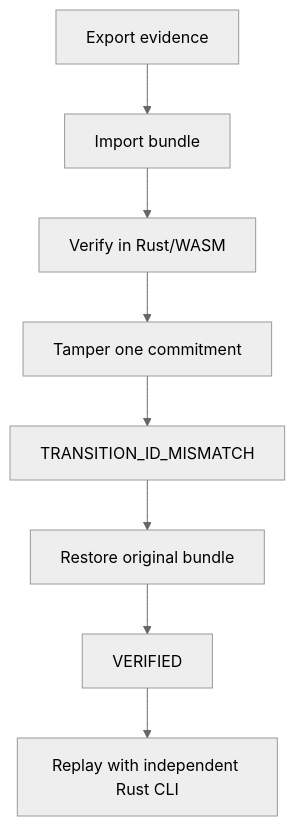
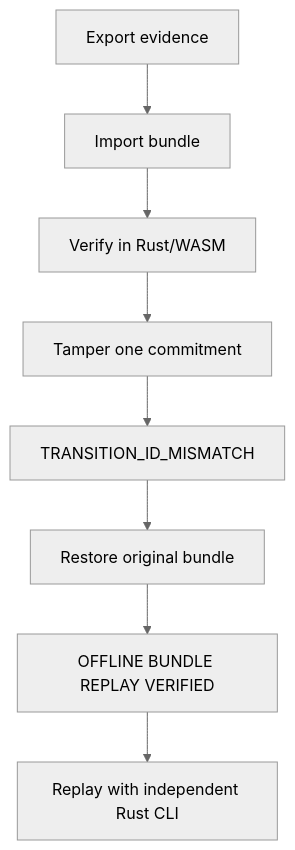
Before and after one commit to AndroLay/MemoryLineage: the fourth of 7 diagrams in README.md, drawn with Mermaid (neutral theme). The commit also changed other lines of this file and 57 other files, not shown here.

````diff
--- a/README.md
+++ b/README.md
@@ -79,10 +79,10 @@
 ```mermaid
 flowchart TD
     E[Export evidence] --> I[Import bundle]
     I --> V[Verify in Rust/WASM]
     V --> T[Tamper one commitment]
     T --> X[TRANSITION_ID_MISMATCH]
     X --> R[Restore original bundle]
-    R --> P[VERIFIED]
+    R --> P[OFFLINE BUNDLE REPLAY VERIFIED]
     P --> C[Replay with independent Rust CLI]
 ```
````
